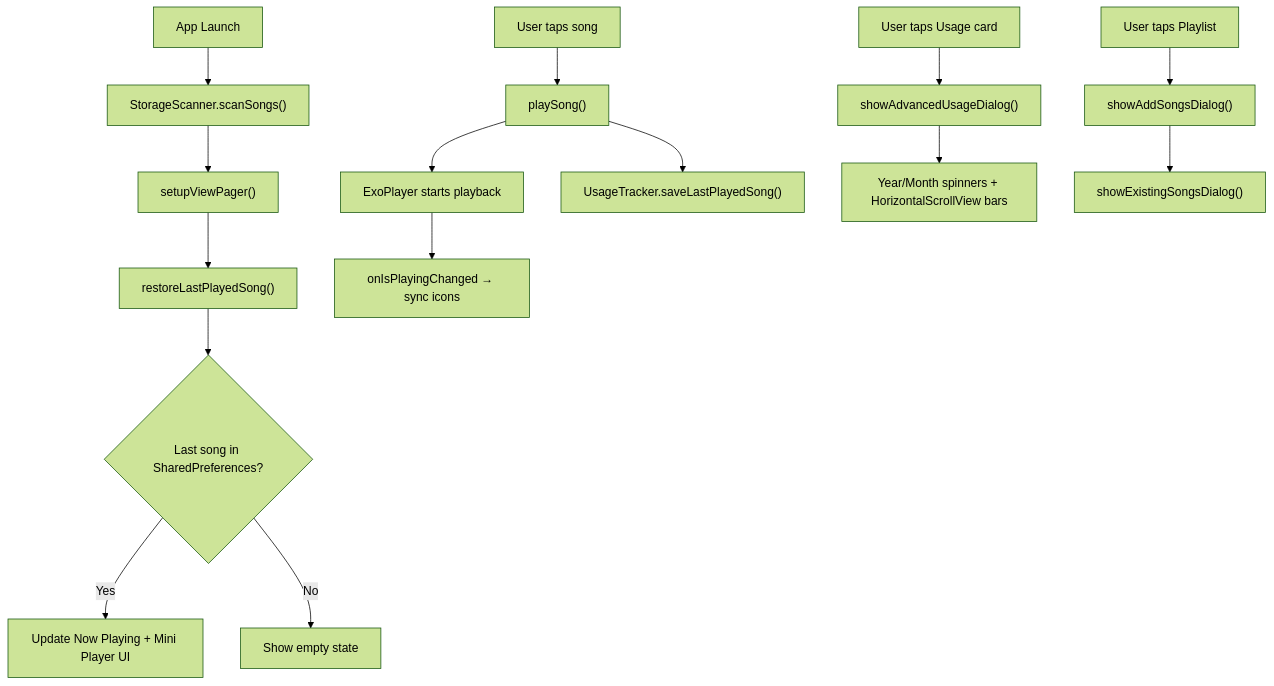
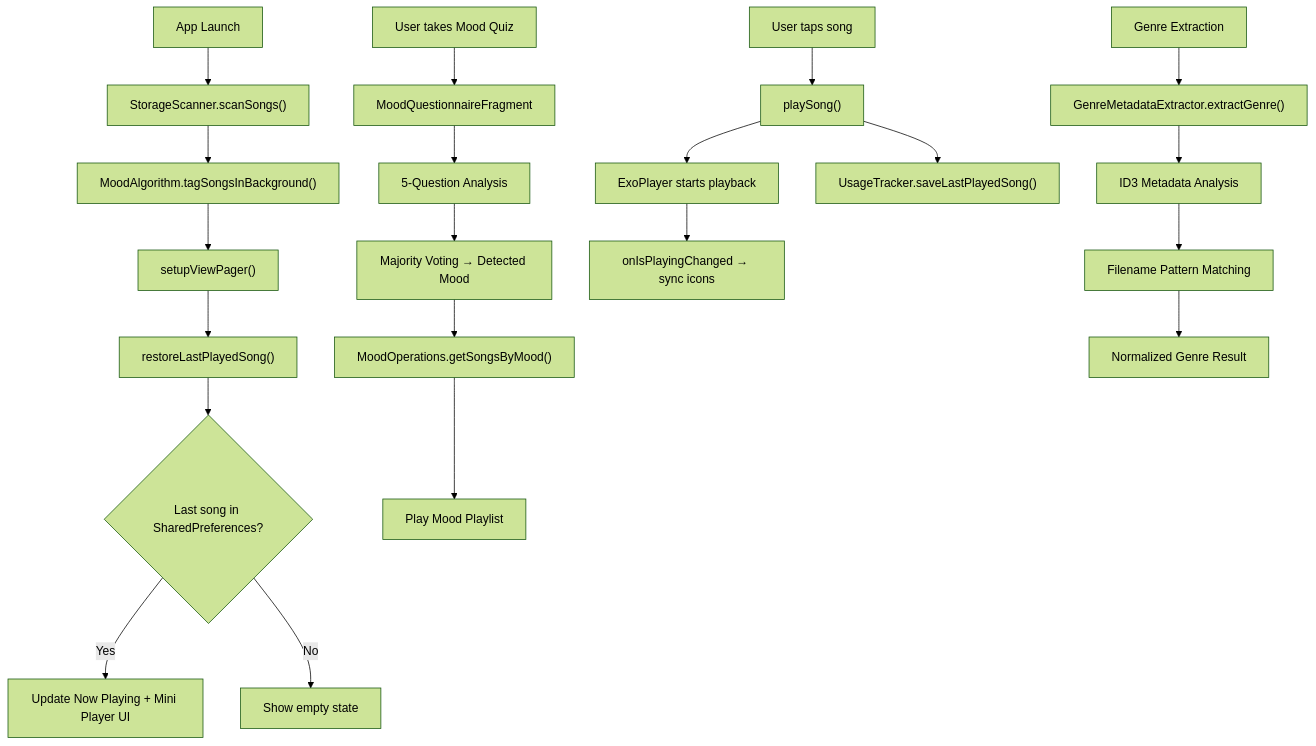
The diagram in project_walkthrough.md (yashmehta04/MADProject), drawn with Mermaid (forest theme) before and after one commit. The commit also changed other lines of this file, not shown here.

````diff
--- a/project_walkthrough.md
+++ b/project_walkthrough.md
@@ -79,20 +94,26 @@
 ```mermaid
 graph TD
     A["App Launch"] --> B["StorageScanner.scanSongs()"]
-    B --> C["setupViewPager()"]
-    C --> D["restoreLastPlayedSong()"]
-    D --> E{"Last song in SharedPreferences?"}
-    E -->|Yes| F["Update Now Playing + Mini Player UI"]
-    E -->|No| G["Show empty state"]
+    B --> C["MoodAlgorithm.tagSongsInBackground()"]
+    C --> D["setupViewPager()"]
+    D --> E["restoreLastPlayedSong()"]
+    E --> F{"Last song in SharedPreferences?"}
+    F -->|Yes| G["Update Now Playing + Mini Player UI"]
+    F -->|No| H["Show empty state"]
     
-    H["User taps song"] --> I["playSong()"]
-    I --> J["ExoPlayer starts playback"]
-    I --> K["UsageTracker.saveLastPlayedSong()"]
-    J --> L["onIsPlayingChanged → sync icons"]
+    I["User takes Mood Quiz"] --> J["MoodQuestionnaireFragment"]
+    J --> K["5-Question Analysis"]
+    K --> L["Majority Voting → Detected Mood"]
+    L --> M["MoodOperations.getSongsByMood()"]
+    M --> N["Play Mood Playlist"]
     
-    M["User taps Usage card"] --> N["showAdvancedUsageDialog()"]
-    N --> O["Year/Month spinners + HorizontalScrollView bars"]
+    O["User taps song"] --> P["playSong()"]
+    P --> Q["ExoPlayer starts playback"]
+    P --> R["UsageTracker.saveLastPlayedSong()"]
+    Q --> S["onIsPlayingChanged → sync icons"]
     
-    P["User taps Playlist"] --> Q["showAddSongsDialog()"]
-    Q --> R["showExistingSongsDialog()"]
+    T["Genre Extraction"] --> U["GenreMetadataExtractor.extractGenre()"]
+    U --> V["ID3 Metadata Analysis"]
+    V --> W["Filename Pattern Matching"]
+    W --> X["Normalized Genre Result"]
 ```
````
